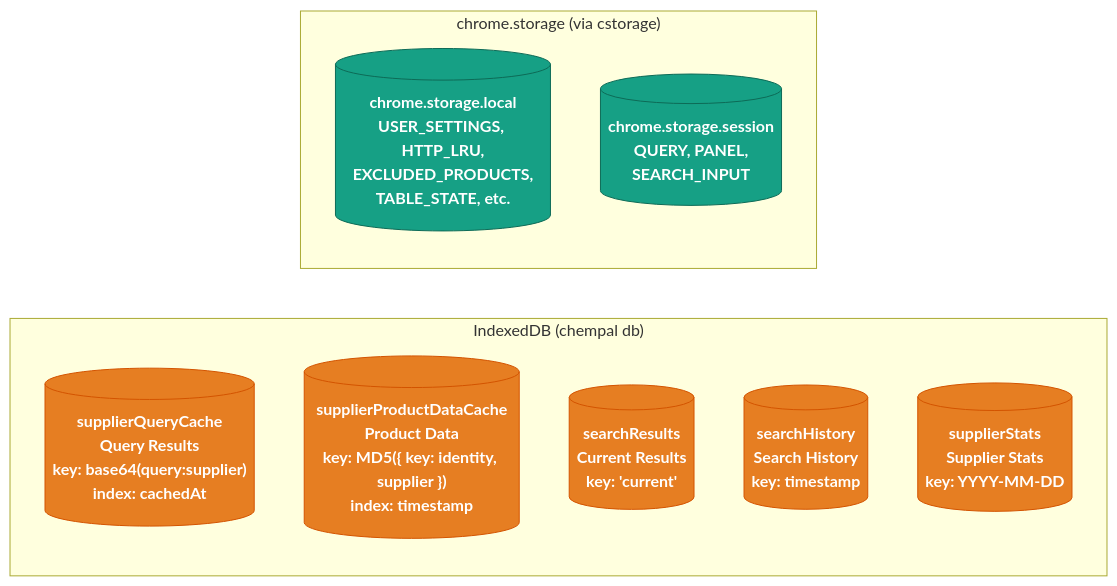
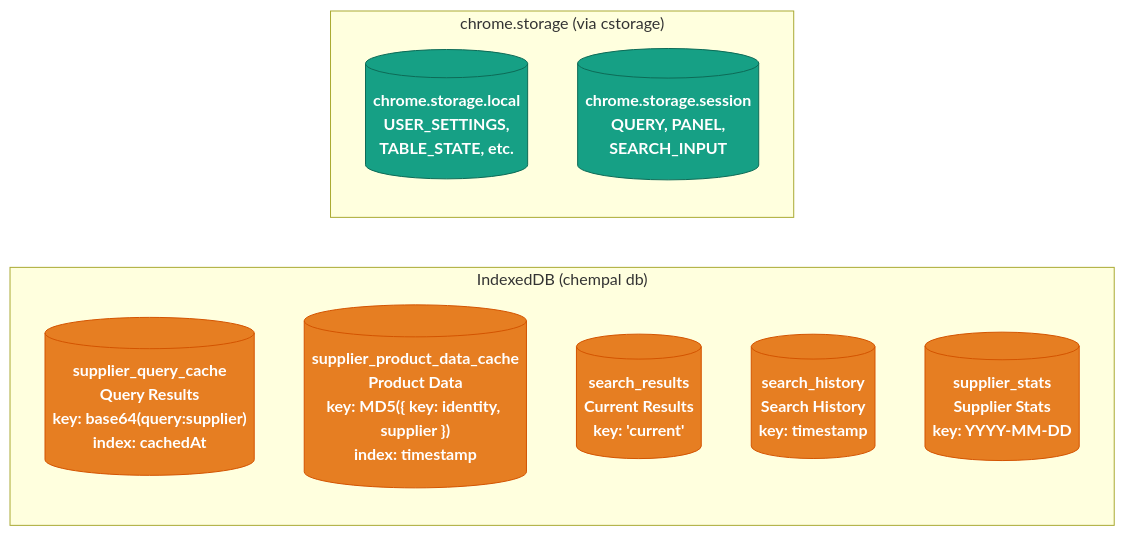
The fifth of 5 diagrams in pages/diagrams/search-cache-flow.md (jhyland87/chem-pal), drawn with Mermaid before and after one commit. The commit also changed other lines of this file and 6 other files, not shown here.

````diff
--- a/pages/diagrams/search-cache-flow.md
+++ b/pages/diagrams/search-cache-flow.md
@@ -374,30 +374,30 @@
 ```mermaid
 ---
 config:
   mermaidPlugin:
     containerHeight: auto
     zoomControl: none
     disableMaximize: true
 ---
 flowchart LR
 linkStyle default stroke-width:4px;
 classDef idb fill:#E67E22,stroke:#D35400,color:#fff,font-weight:bold
 classDef cstorage fill:#16A085,stroke:#0E6B57,color:#fff,font-weight:bold
 
 subgraph IDB["IndexedDB (chempal db)"]
 direction TB
-QCS[("supplierQueryCache\nQuery Results\nkey: base64(query:supplier)\nindex: cachedAt")]
-PDS[("supplierProductDataCache\nProduct Data\nkey: MD5({ key: identity, supplier })\nindex: timestamp")]
-SRS[("searchResults\nCurrent Results\nkey: 'current'")]
-SHS[("searchHistory\nSearch History\nkey: timestamp")]
-SSS[("supplierStats\nSupplier Stats\nkey: YYYY-MM-DD")]
+QCS[("supplier_query_cache\nQuery Results\nkey: base64(query:supplier)\nindex: cachedAt")]
+PDS[("supplier_product_data_cache\nProduct Data\nkey: MD5({ key: identity, supplier })\nindex: timestamp")]
+SRS[("search_results\nCurrent Results\nkey: 'current'")]
+SHS[("search_history\nSearch History\nkey: timestamp")]
+SSS[("supplier_stats\nSupplier Stats\nkey: YYYY-MM-DD")]
 end
 subgraph CS["chrome.storage (via cstorage)"]
 direction TB
-LOCAL[("chrome.storage.local\nUSER_SETTINGS, HTTP_LRU,\nEXCLUDED_PRODUCTS,\nTABLE_STATE, etc.")]
+LOCAL[("chrome.storage.local\nUSER_SETTINGS,\nTABLE_STATE, etc.")]
 SESSION[("chrome.storage.session\nQUERY, PANEL,\nSEARCH_INPUT")]
 end
 
 class QCS,PDS,SRS,SHS,SSS idb
 class LOCAL,SESSION cstorage
 ```
````
